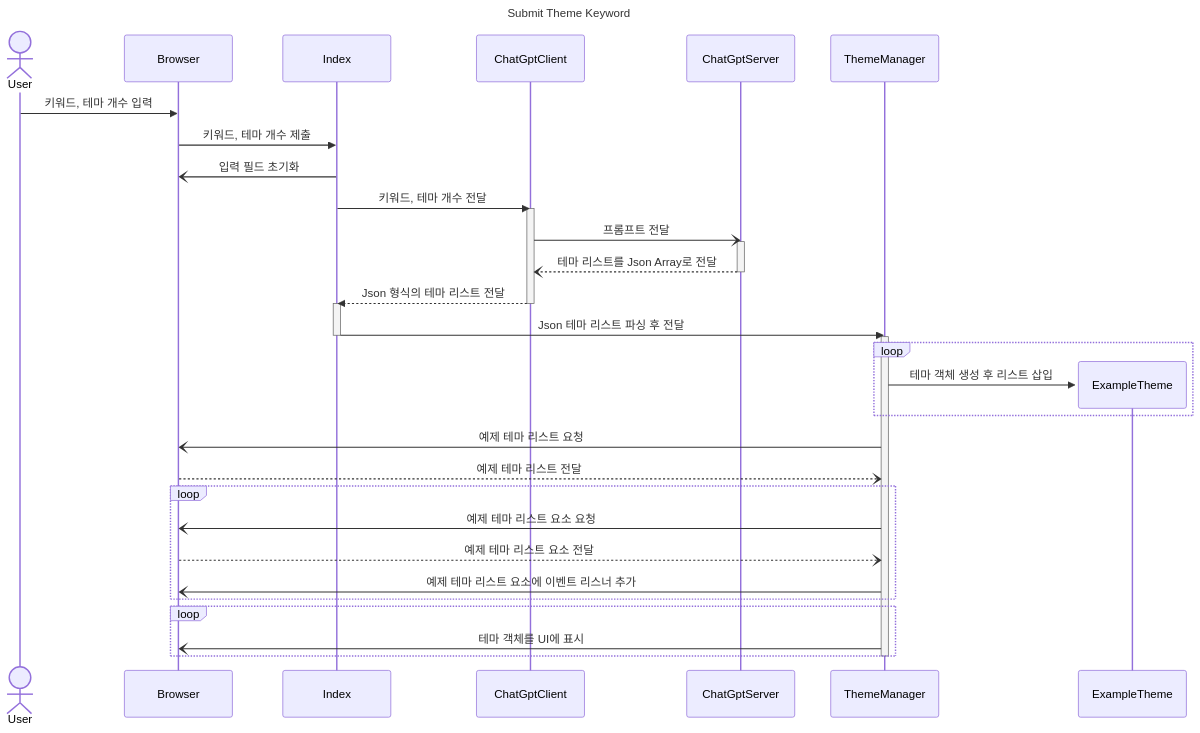
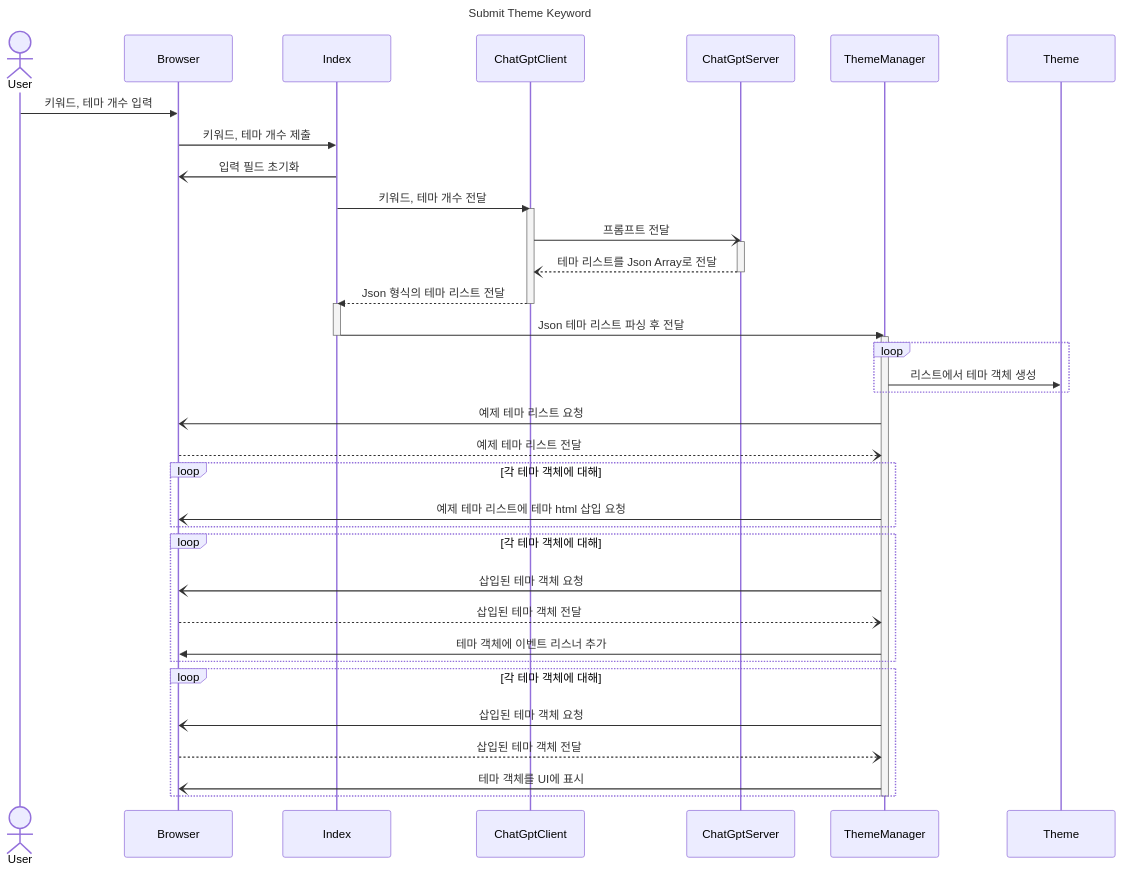
One commit to ZeyaKim/themeforge changed the first of 2 diagrams in docs/sequence diagram.md. Above: the diagram before and after it, drawn with Mermaid. The commit also changed other lines of this file and 1 other file, not shown here.

Commit message:
📝 update sequence diagram

````diff
--- a/docs/sequence diagram.md
+++ b/docs/sequence diagram.md
@@ -3,43 +3,47 @@
 ```mermaid
 ---
 title: Submit Theme Keyword
 ---
 sequenceDiagram
     actor User
     participant Browser
     participant Index
     participant ChatGptClient
     participant ChatGptServer
     participant ThemeManager
 
     User->>Browser: 키워드, 테마 개수 입력
     Browser->>Index: 키워드, 테마 개수 제출
     Index-)Browser: 입력 필드 초기화
     Index->>ChatGptClient: 키워드, 테마 개수 전달
     activate ChatGptClient
     ChatGptClient-)ChatGptServer: 프롬프트 전달
     activate ChatGptServer
     ChatGptServer--)ChatGptClient: 테마 리스트를 Json Array로 전달
     deactivate ChatGptServer
     ChatGptClient-->>Index: Json 형식의 테마 리스트 전달
     deactivate ChatGptClient
     activate Index
     Index->>ThemeManager: Json 테마 리스트 파싱 후 전달
     deactivate Index
     activate ThemeManager
     loop
-        create participant ExampleTheme
-        ThemeManager->>ExampleTheme: 테마 객체 생성 후 리스트 삽입
+        ThemeManager->>Theme: 리스트에서 테마 객체 생성
     end
-        ThemeManager-)Browser: 예제 테마 리스트 요청
-        Browser--)ThemeManager: 예제 테마 리스트 전달
-    loop 
-        ThemeManager-)Browser: 예제 테마 리스트 요소 요청
-        Browser--)ThemeManager: 예제 테마 리스트 요소 전달
-        ThemeManager-)Browser: 예제 테마 리스트 요소에 이벤트 리스너 추가
+    ThemeManager-)Browser: 예제 테마 리스트 요청
+    Browser--)ThemeManager: 예제 테마 리스트 전달
+    loop 각 테마 객체에 대해    
+        ThemeManager-)Browser: 예제 테마 리스트에 테마 html 삽입 요청
     end
-    loop
-        ThemeManager-)Browser: 테마 객체를 UI에 표시 
+    loop 각 테마 객체에 대해
+        ThemeManager-)Browser: 삽입된 테마 객체 요청
+        Browser--)ThemeManager: 삽입된 테마 객체 전달
+        ThemeManager->>Browser: 테마 객체에 이벤트 리스너 추가
+    end
+    loop 각 테마 객체에 대해
+        ThemeManager-)Browser: 삽입된 테마 객체 요청
+        Browser--)ThemeManager: 삽입된 테마 객체 전달
+        ThemeManager-)Browser: 테마 객체를 UI에 표시
     end
     deactivate ThemeManager
 ```
````
